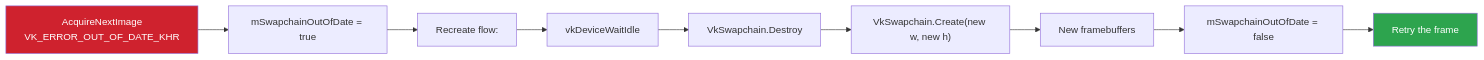
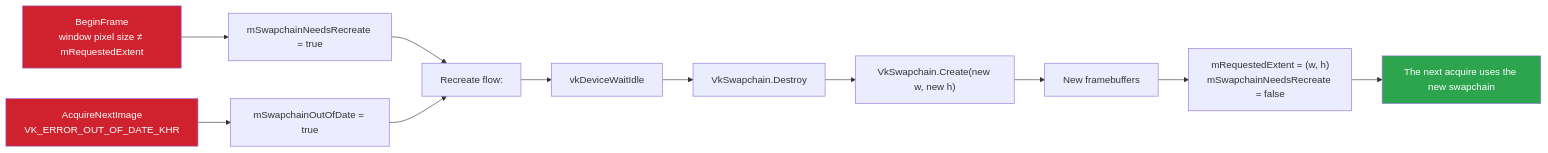
One commit to yazilimperver/sdl-painter changed the sixth of 9 diagrams in doc/en/backend-internals.md. Above: the diagram before and after it, drawn with Mermaid. The commit also changed other lines of this file and 30 other files, not shown here.

````diff
--- a/doc/en/backend-internals.md
+++ b/doc/en/backend-internals.md
@@ -271,14 +271,17 @@
 ```mermaid
 flowchart LR
+    S["BeginFrame<br/>window pixel size ≠ mRequestedExtent"] --> N["mSwapchainNeedsRecreate = true"]
     A["AcquireNextImage<br/>VK_ERROR_OUT_OF_DATE_KHR"] --> B["mSwapchainOutOfDate = true"]
-    B --> C["Recreate flow:"]
+    N --> C["Recreate flow:"]
+    B --> C
     C --> D["vkDeviceWaitIdle"]
     D --> E["VkSwapchain.Destroy"]
     E --> F["VkSwapchain.Create(new w, new h)"]
     F --> G["New framebuffers"]
-    G --> H["mSwapchainOutOfDate = false"]
-    H --> I["Retry the frame"]
+    G --> H["mRequestedExtent = (w, h)<br/>mSwapchainNeedsRecreate = false"]
+    H --> I["The next acquire uses the new swapchain"]
 
+    style S fill:#cf222e,color:#fff
     style A fill:#cf222e,color:#fff
     style I fill:#2da44e,color:#fff
 ```
````
